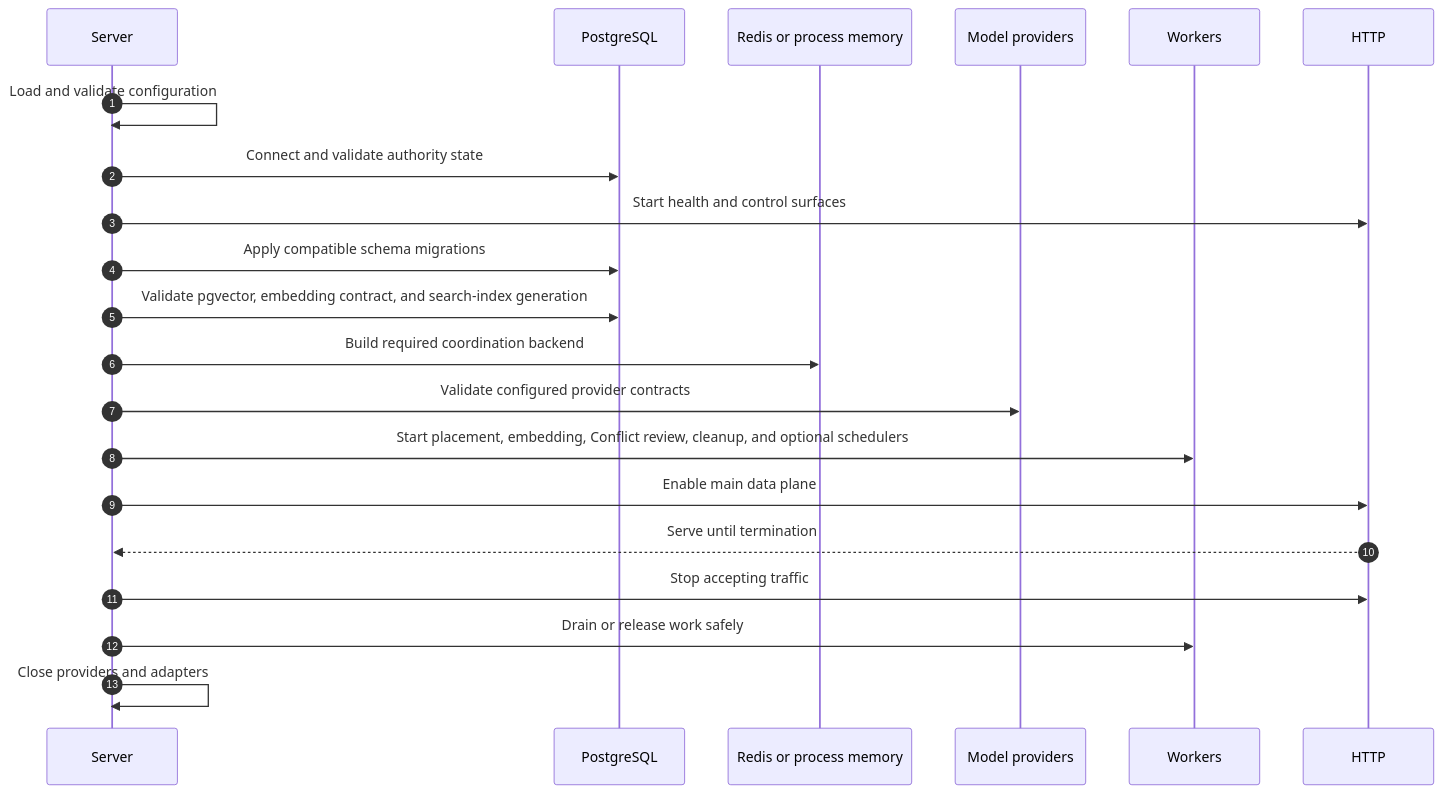
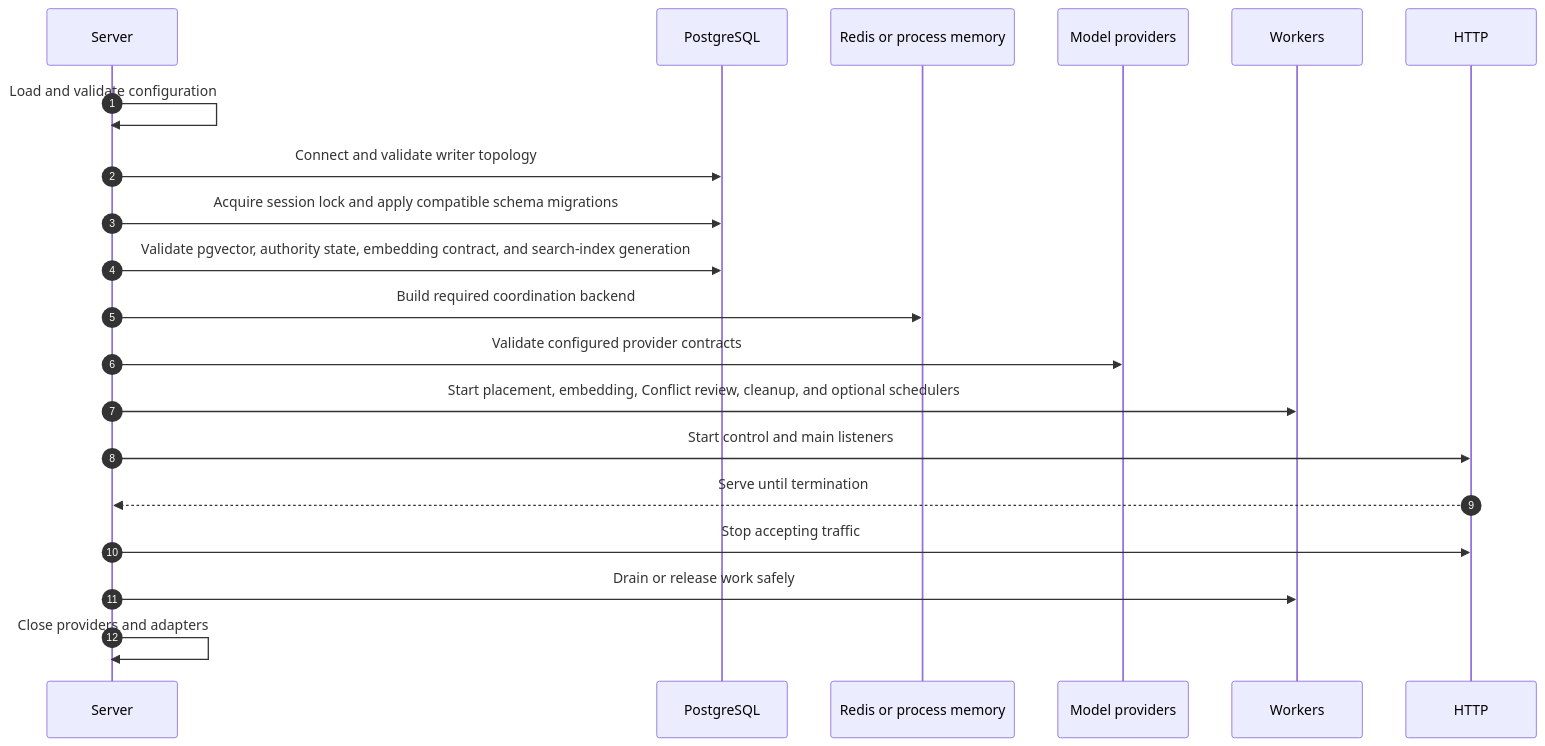
The fourth of 7 diagrams in Architecture.md (markhuangai/dense-mem), drawn with Mermaid before and after one commit. The commit also changed other lines of this file and 7 other files, not shown here.

````diff
--- a/Architecture.md
+++ b/Architecture.md
@@ -143,25 +159,24 @@
 ```mermaid
 %%{init: {"sequence": {"rightAngles": true}}}%%
 sequenceDiagram
   autonumber
   participant S as Server
   participant P as PostgreSQL
   participant R as Redis or process memory
   participant A as Model providers
   participant W as Workers
   participant H as HTTP
 
   S->>S: Load and validate configuration
-  S->>P: Connect and validate authority state
-  S->>H: Start health and control surfaces
-  S->>P: Apply compatible schema migrations
-  S->>P: Validate pgvector, embedding contract, and search-index generation
+  S->>P: Connect and validate writer topology
+  S->>P: Acquire session lock and apply compatible schema migrations
+  S->>P: Validate pgvector, authority state, embedding contract, and search-index generation
   S->>R: Build required coordination backend
   S->>A: Validate configured provider contracts
   S->>W: Start placement, embedding, Conflict review, cleanup, and optional schedulers
-  S->>H: Enable main data plane
+  S->>H: Start control and main listeners
   H-->>S: Serve until termination
   S->>H: Stop accepting traffic
   S->>W: Drain or release work safely
   S->>S: Close providers and adapters
 ```
````
